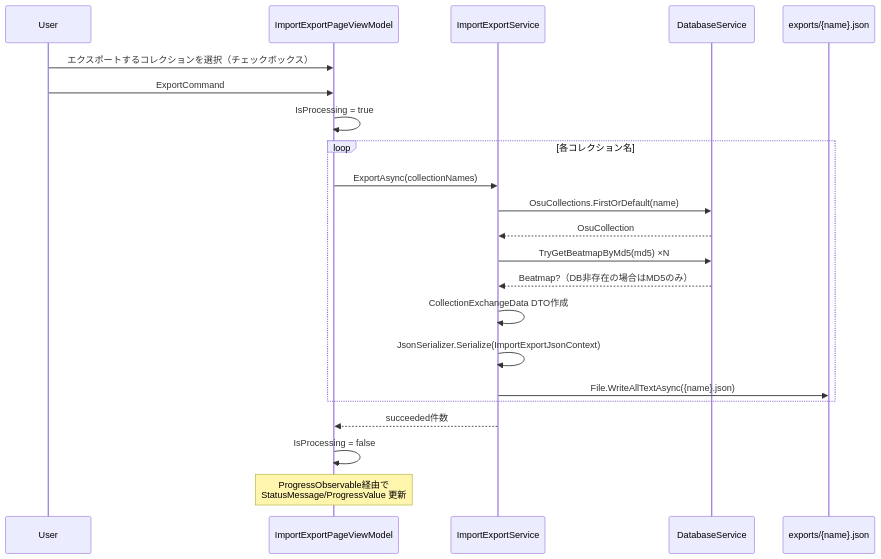
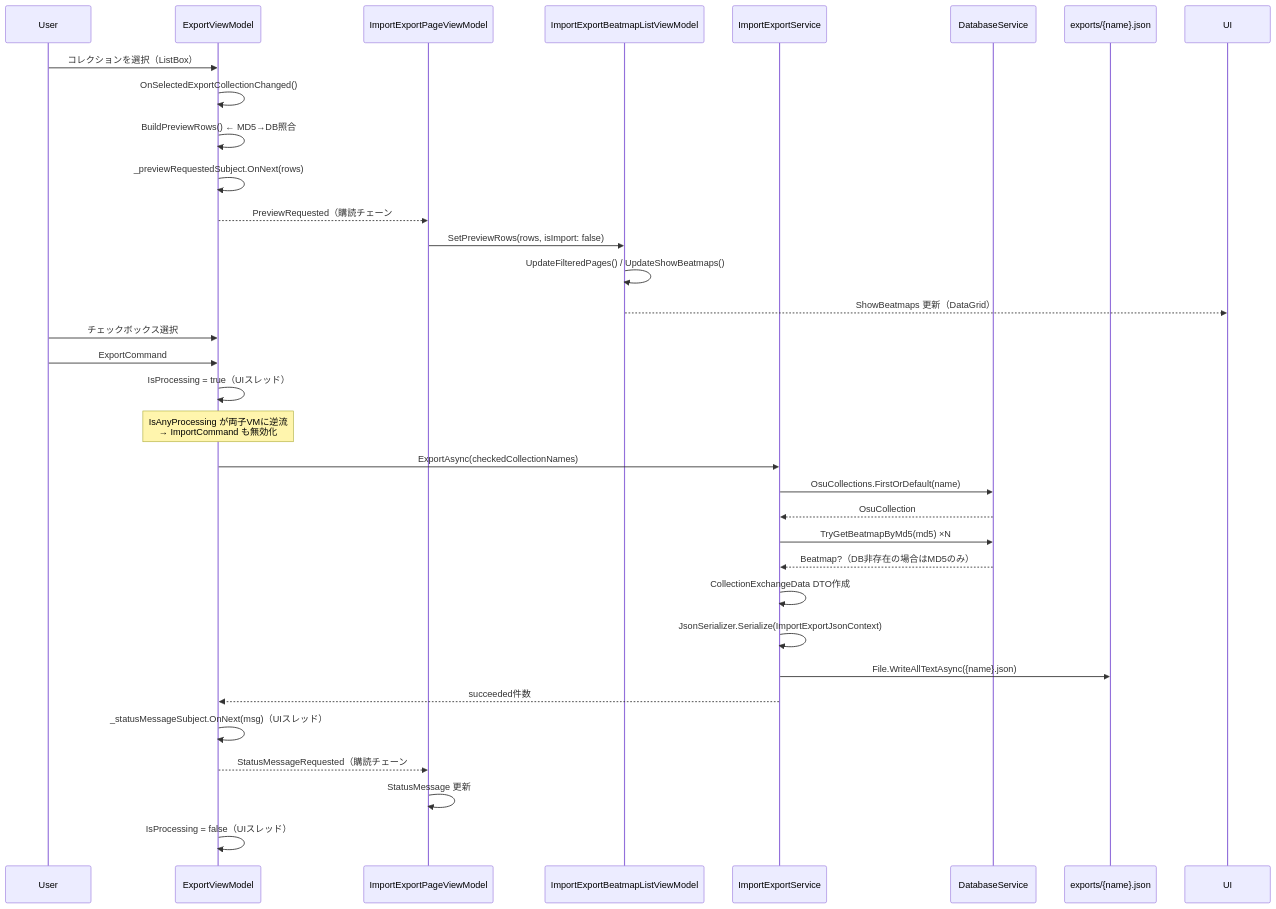
The tenth of 13 diagrams in docs/DATA_FLOW.md (rice5941/NakuruTool_Avalonia_AOT), drawn with Mermaid before and after one commit. The commit also changed other lines of this file and 17 other files, not shown here.

Commit message:
import,export,preview分割

````diff
--- a/docs/DATA_FLOW.md
+++ b/docs/DATA_FLOW.md
@@ -428,27 +441,37 @@
 ```mermaid
 sequenceDiagram
     participant User
+    participant EVM as ExportViewModel
     participant IEPVM as ImportExportPageViewModel
+    participant BLVM as ImportExportBeatmapListViewModel
     participant IES as ImportExportService
     participant DS as DatabaseService
     participant File as exports/{name}.json
 
-    User->>IEPVM: エクスポートするコレクションを選択（チェックボックス）
-    User->>IEPVM: ExportCommand
-    IEPVM->>IEPVM: IsProcessing = true
+    User->>EVM: コレクションを選択（ListBox）
+    EVM->>EVM: OnSelectedExportCollectionChanged()
+    EVM->>EVM: BuildPreviewRows() ← MD5→DB照合
+    EVM->>EVM: _previewRequestedSubject.OnNext(rows)
+    EVM-->>IEPVM: PreviewRequested（購読チェーン#IE-2）
+    IEPVM->>BLVM: SetPreviewRows(rows, isImport: false)
+    BLVM->>BLVM: UpdateFilteredPages() / UpdateShowBeatmaps()
+    BLVM-->>UI: ShowBeatmaps 更新（DataGrid）
 
-    loop 各コレクション名
-        IEPVM->>IES: ExportAsync(collectionNames)
-        IES->>DS: OsuCollections.FirstOrDefault(name)
-        DS-->>IES: OsuCollection
-        IES->>DS: TryGetBeatmapByMd5(md5) ×N
-        DS-->>IES: Beatmap?（DB非存在の場合はMD5のみ）
-        IES->>IES: CollectionExchangeData DTO作成
-        IES->>IES: JsonSerializer.Serialize(ImportExportJsonContext)
-        IES->>File: File.WriteAllTextAsync({name}.json)
-    end
-
-    IES-->>IEPVM: succeeded件数
-    IEPVM->>IEPVM: IsProcessing = false
-    Note over IEPVM: ProgressObservable経由で<br/>StatusMessage/ProgressValue 更新
+    User->>EVM: チェックボックス選択
+    User->>EVM: ExportCommand
+    EVM->>EVM: IsProcessing = true（UIスレッド）
+    Note over EVM: IsAnyProcessing が両子VMに逆流<br/>→ ImportCommand も無効化
+    EVM->>IES: ExportAsync(checkedCollectionNames)
+    IES->>DS: OsuCollections.FirstOrDefault(name)
+    DS-->>IES: OsuCollection
+    IES->>DS: TryGetBeatmapByMd5(md5) ×N
+    DS-->>IES: Beatmap?（DB非存在の場合はMD5のみ）
+    IES->>IES: CollectionExchangeData DTO作成
+    IES->>IES: JsonSerializer.Serialize(ImportExportJsonContext)
+    IES->>File: File.WriteAllTextAsync({name}.json)
+    IES-->>EVM: succeeded件数
+    EVM->>EVM: _statusMessageSubject.OnNext(msg)（UIスレッド）
+    EVM-->>IEPVM: StatusMessageRequested（購読チェーン#IE-4）
+    IEPVM->>IEPVM: StatusMessage 更新
+    EVM->>EVM: IsProcessing = false（UIスレッド）
 ```
````
